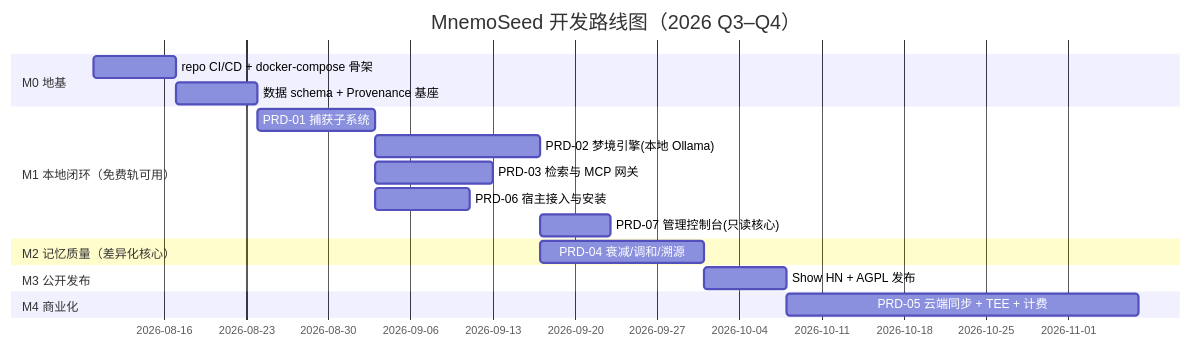
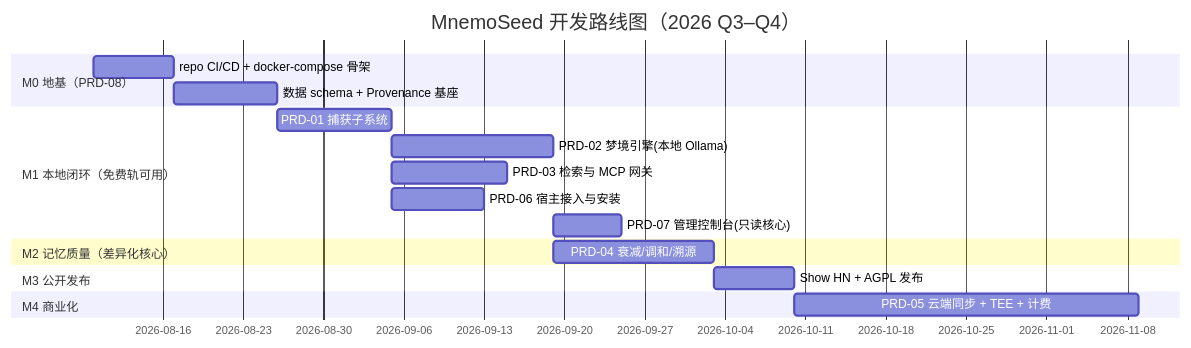
The diagram in docs/prd/PRD-00-路线图.md (MnemoSeed/mnemoseed), drawn with Mermaid before and after one commit. The commit also changed 2 other files, not shown here.

Commit message:
docs: add PRD-08 M0 foundation (blind-reviewed v2)
- repo skeleton + CI, four storage ports with dual drivers,
  capability flags with explicit degradation table, schema v1 freeze
- v2 revisions from blind review: interface method inventory (appendix B),
  degradation table (appendix C), sparse vector struct representation,
  profile_id/session/turn fields on chunks, flow flag fields and usage
  counters on nodes/chunks, named multi-instance graph stores for
  Tier-3 isolation, synthetic embedder for contract tests
- roadmap: m0b 7d -> 9d (revised estimate 16d total)

````diff
--- a/docs/prd/PRD-00-路线图.md
+++ b/docs/prd/PRD-00-路线图.md
@@ -8,20 +8,20 @@
 ```mermaid
 gantt
     title MnemoSeed 开发路线图（2026 Q3–Q4）
     dateFormat  YYYY-MM-DD
-    section M0 地基
+    section M0 地基（PRD-08）
     repo CI/CD + docker-compose 骨架        :m0a, 2026-08-10, 7d
-    数据 schema + Provenance 基座            :m0b, after m0a, 7d
+    数据 schema + Provenance 基座            :m0b, after m0a, 9d
     section M1 本地闭环（免费轨可用）
     PRD-01 捕获子系统                        :m1a, after m0b, 10d
     PRD-02 梦境引擎(本地 Ollama)             :m1b, after m1a, 14d
     PRD-03 检索与 MCP 网关                   :m1c, after m1a, 10d
     PRD-06 宿主接入与安装                    :m1d, after m1a, 8d
     PRD-07 管理控制台(只读核心)              :m1e, after m1b, 6d
     section M2 记忆质量（差异化核心）
     PRD-04 衰减/调和/溯源                    :m2a, after m1b, 14d
     section M3 公开发布
     Show HN + AGPL 发布                      :m3a, after m2a, 7d
     section M4 商业化
     PRD-05 云端同步 + TEE + 计费             :m4a, after m3a, 30d
 ```
````
